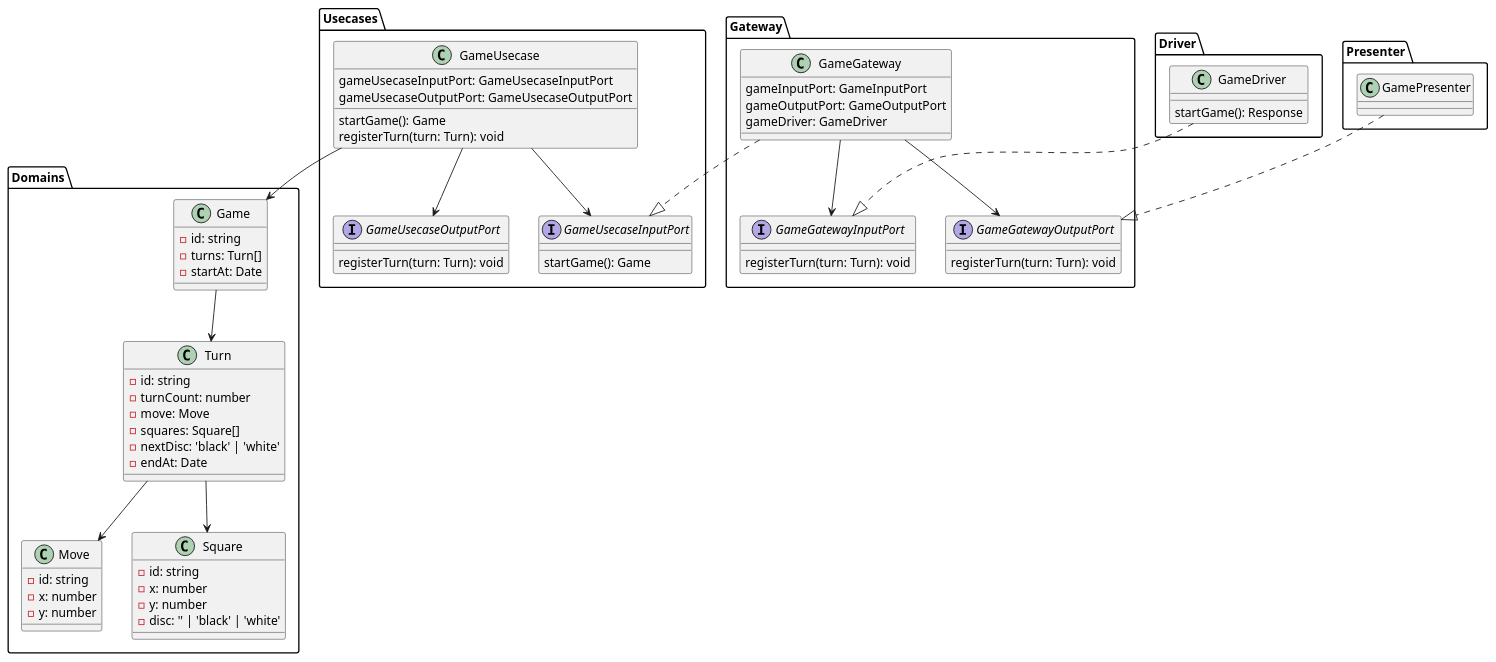
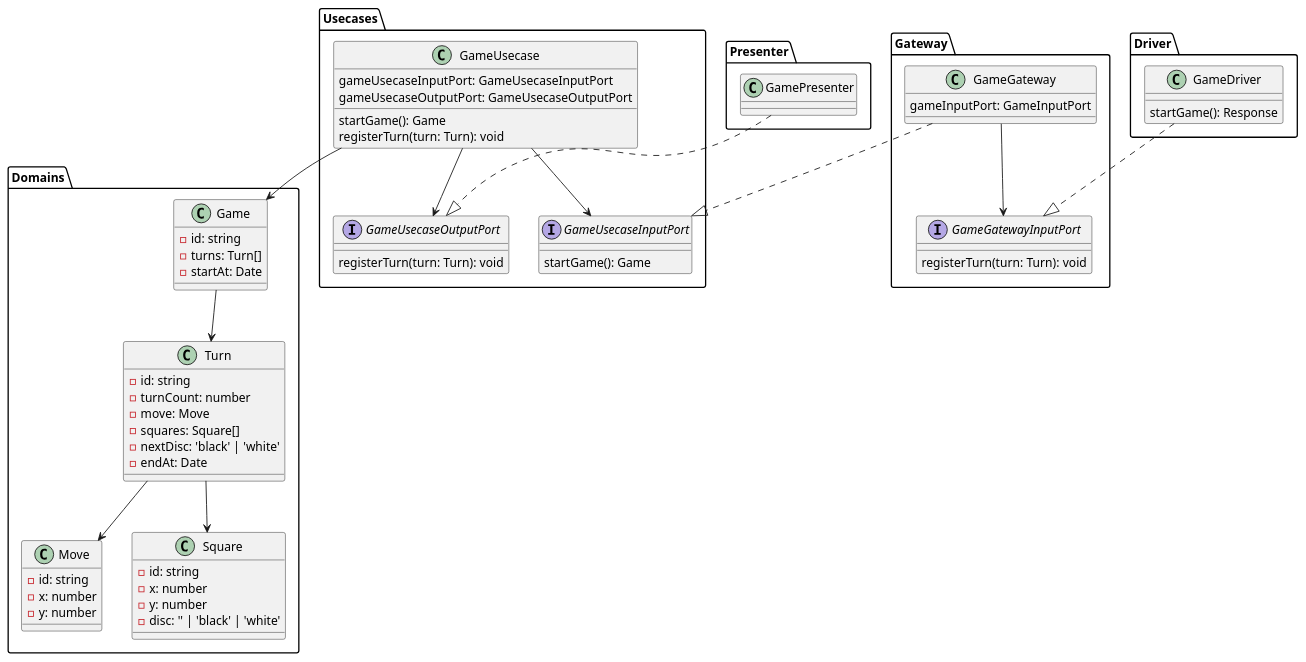
One commit to maaaashi/ReversiWithChatGPT changed the diagram in docs/ClassDiagram.pu. Above: the diagram before and after it, drawn with PlantUML.

Commit message:
outputはpresenterに

```diff
--- a/docs/ClassDiagram.pu
+++ b/docs/ClassDiagram.pu
@@ -1,93 +1,86 @@
 @startuml ClassDiagram
 
 package Domains {
   class Game {
     -id: string
     -turns: Turn[]
     -startAt: Date
   }
 
   class Turn {
     -id: string
     -turnCount: number
     -move: Move
     -squares: Square[]
     -nextDisc: 'black' | 'white'
     -endAt: Date
   }
 
   class Move {
     -id: string
     -x: number
     -y: number
   }
 
   class Square {
     -id: string
     -x: number
     -y: number
     -disc: '' | 'black' | 'white'
   }
 
   Game --> Turn
   Turn --> Move
   Turn --> Square
 }
 
 package Usecases {
   class GameUsecase {
     gameUsecaseInputPort: GameUsecaseInputPort
     gameUsecaseOutputPort: GameUsecaseOutputPort
     startGame(): Game
     registerTurn(turn: Turn): void
   }
 
   interface GameUsecaseInputPort {
     startGame(): Game
   }
 
   interface GameUsecaseOutputPort {
     registerTurn(turn: Turn): void
   }
 
   GameUsecase --> Game
   GameUsecase --> GameUsecaseInputPort
   GameUsecase --> GameUsecaseOutputPort
 }
 
 package Gateway {
   class GameGateway {
     gameInputPort: GameInputPort
-    gameOutputPort: GameOutputPort
-    gameDriver: GameDriver
   }
 
   interface GameGatewayInputPort {
     registerTurn(turn: Turn): void
   }
 
-  interface GameGatewayOutputPort {
-    registerTurn(turn: Turn): void
-  }
-
   GameGateway --> GameGatewayInputPort
-  GameGateway --> GameGatewayOutputPort
   GameGateway ..|> GameUsecaseInputPort
 }
 
 package Driver {
   class GameDriver {
     startGame(): Response
   }
   GameDriver ..|> GameGatewayInputPort
 }
 
 package Presenter {
   class GamePresenter {
 
   }
 
-  GamePresenter ..|> GameGatewayOutputPort
+  GamePresenter ..|> GameUsecaseOutputPort
 }
 
 @enduml
```
